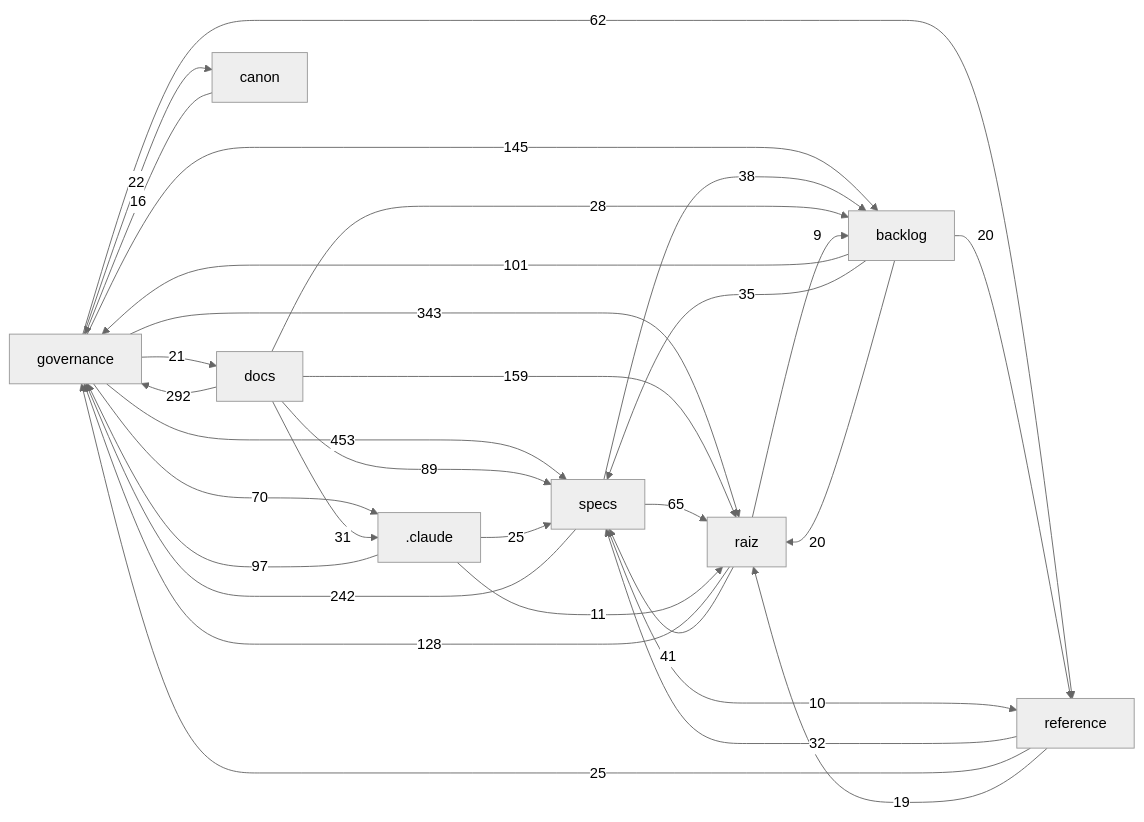
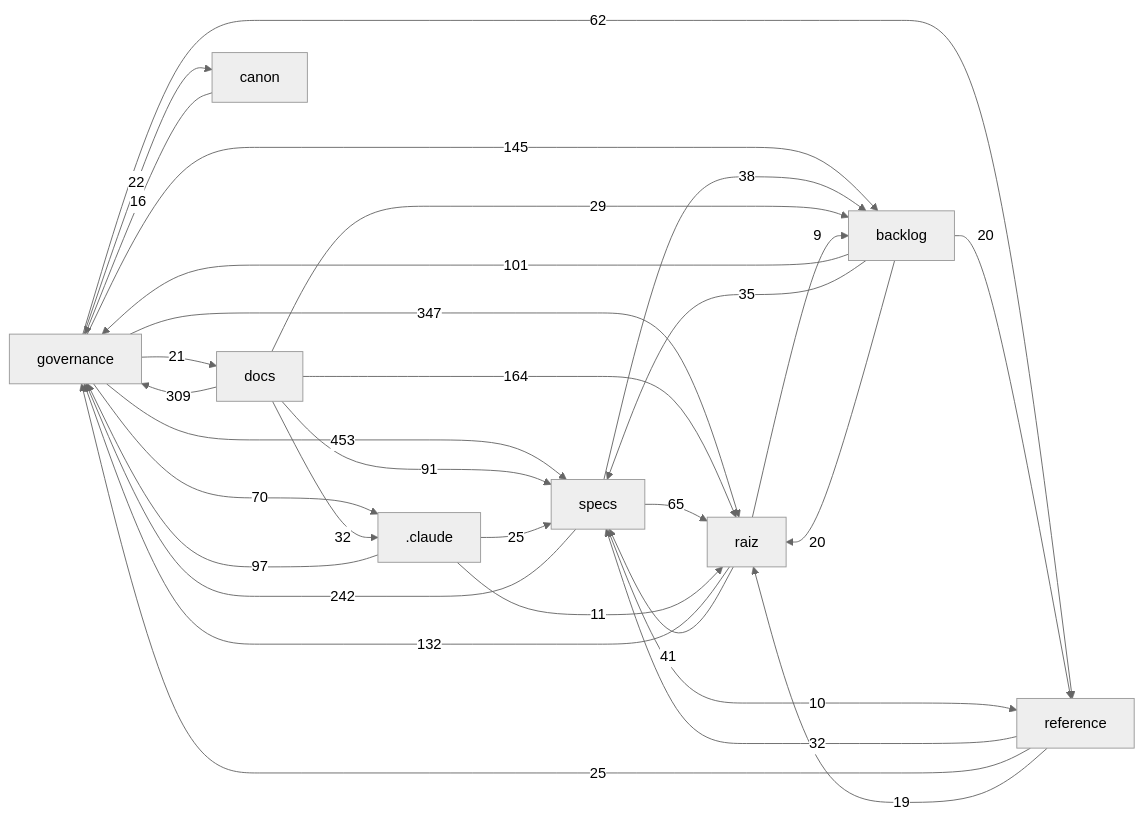
The diagram in docs/mapa/MAPA-PROJETO.md (Andraus35/Sistema-Operacional-de-Trading--SOT), drawn with Mermaid (neutral theme) before and after one commit. The commit also changed other lines of this file and 9 other files, not shown here.

````diff
--- a/docs/mapa/MAPA-PROJETO.md
+++ b/docs/mapa/MAPA-PROJETO.md
@@ -29,33 +29,33 @@
 ```mermaid
 flowchart LR
   governance["governance"] -->|453| specs["specs"]
-  governance["governance"] -->|343| raiz["raiz"]
-  docs["docs"] -->|292| governance["governance"]
+  governance["governance"] -->|347| raiz["raiz"]
+  docs["docs"] -->|309| governance["governance"]
   specs["specs"] -->|242| governance["governance"]
-  docs["docs"] -->|159| raiz["raiz"]
+  docs["docs"] -->|164| raiz["raiz"]
   governance["governance"] -->|145| backlog["backlog"]
-  raiz["raiz"] -->|128| governance["governance"]
+  raiz["raiz"] -->|132| governance["governance"]
   backlog["backlog"] -->|101| governance["governance"]
   _claude[".claude"] -->|97| governance["governance"]
-  docs["docs"] -->|89| specs["specs"]
+  docs["docs"] -->|91| specs["specs"]
   governance["governance"] -->|70| _claude[".claude"]
   specs["specs"] -->|65| raiz["raiz"]
   governance["governance"] -->|62| reference["reference"]
   raiz["raiz"] -->|41| specs["specs"]
   specs["specs"] -->|38| backlog["backlog"]
   backlog["backlog"] -->|35| specs["specs"]
+  docs["docs"] -->|32| _claude[".claude"]
   reference["reference"] -->|32| specs["specs"]
-  docs["docs"] -->|31| _claude[".claude"]
-  docs["docs"] -->|28| backlog["backlog"]
+  docs["docs"] -->|29| backlog["backlog"]
   _claude[".claude"] -->|25| specs["specs"]
   reference["reference"] -->|25| governance["governance"]
   governance["governance"] -->|22| canon["canon"]
   governance["governance"] -->|21| docs["docs"]
   backlog["backlog"] -->|20| raiz["raiz"]
   backlog["backlog"] -->|20| reference["reference"]
   reference["reference"] -->|19| raiz["raiz"]
   canon["canon"] -->|16| governance["governance"]
   _claude[".claude"] -->|11| raiz["raiz"]
   specs["specs"] -->|10| reference["reference"]
   raiz["raiz"] -->|9| backlog["backlog"]
 ```
````
